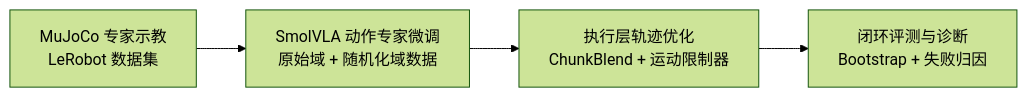
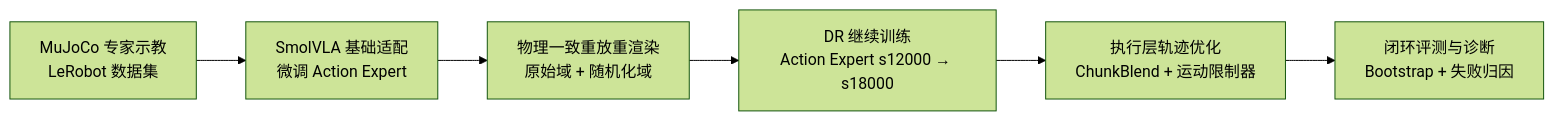
One commit to ruying257/smolvla changed the diagram in README.md. Above: the diagram before and after it, drawn with Mermaid (forest theme). The commit also changed other lines of this file, not shown here.

````diff
--- a/README.md
+++ b/README.md
@@ -23,6 +21,8 @@
 ```mermaid
 flowchart LR
-    A["MuJoCo 专家示教<br/>LeRobot 数据集"] --> B["SmolVLA 动作专家微调<br/>原始域 + 随机化域数据"]
-    B --> C["执行层轨迹优化<br/>ChunkBlend + 运动限制器"]
-    C --> D["闭环评测与诊断<br/>Bootstrap + 失败归因"]
+    A["MuJoCo 专家示教<br/>LeRobot 数据集"] --> B["SmolVLA 基础适配<br/>微调 Action Expert"]
+    B --> C["物理一致重放重渲染<br/>原始域 + 随机化域"]
+    C --> D["DR 继续训练<br/>Action Expert s12000 → s18000"]
+    D --> E["执行层轨迹优化<br/>ChunkBlend + 运动限制器"]
+    E --> F["闭环评测与诊断<br/>Bootstrap + 失败归因"]
 ```
````
